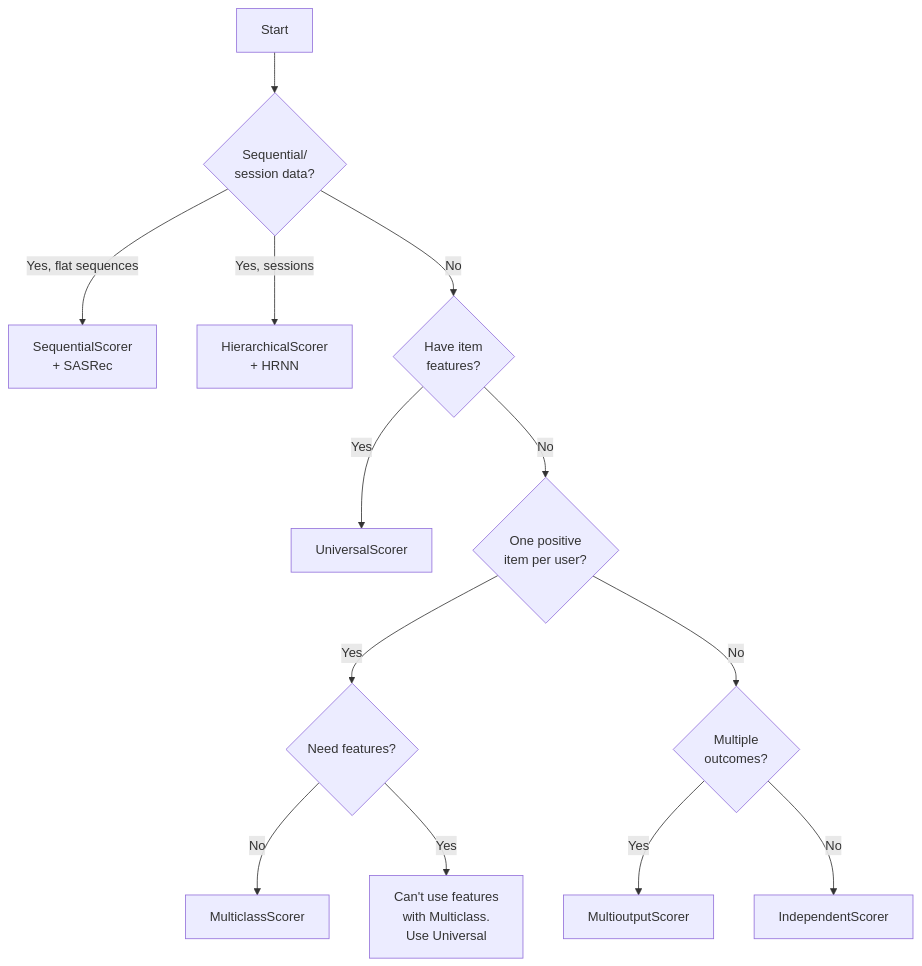
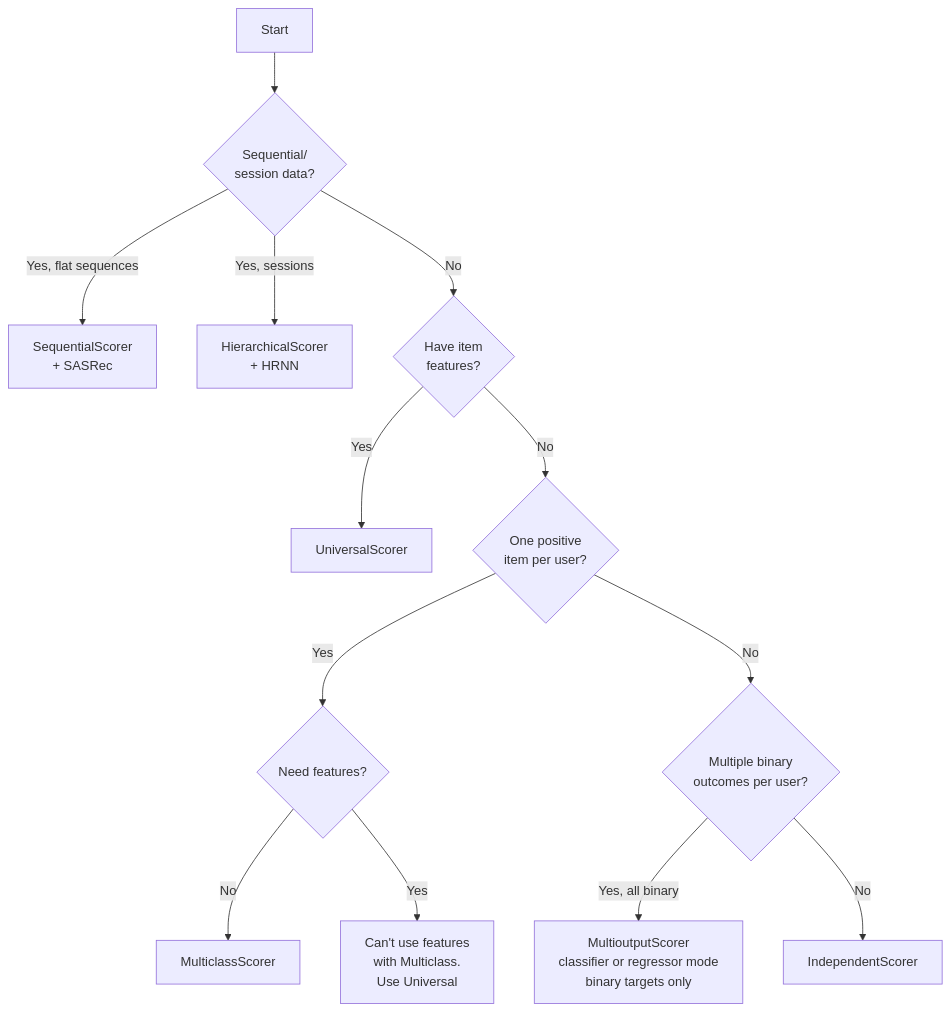
The diagram in docs/user-guide/scorers.md (intuit/scikit-rec), drawn with Mermaid before and after one commit. The commit also changed other lines of this file and 26 other files, not shown here.

````diff
--- a/docs/user-guide/scorers.md
+++ b/docs/user-guide/scorers.md
@@ -188,15 +271,15 @@
 ```mermaid
 graph TD
     A[Start] --> Z{Sequential/<br/>session data?}
     Z -->|Yes, flat sequences| SEQ[SequentialScorer<br/>+ SASRec]
     Z -->|Yes, sessions| HIER[HierarchicalScorer<br/>+ HRNN]
     Z -->|No| B{Have item<br/>features?}
     B -->|Yes| C[UniversalScorer]
     B -->|No| D{One positive<br/>item per user?}
     D -->|Yes| E{Need features?}
     E -->|No| F[MulticlassScorer]
     E -->|Yes| G[Can't use features<br/>with Multiclass.<br/>Use Universal]
-    D -->|No| H{Multiple<br/>outcomes?}
-    H -->|Yes| I[MultioutputScorer]
+    D -->|No| H{Multiple binary<br/>outcomes per user?}
+    H -->|Yes, all binary| I[MultioutputScorer<br/>classifier or regressor mode<br/>binary targets only]
     H -->|No| J[IndependentScorer]
 ```
````
